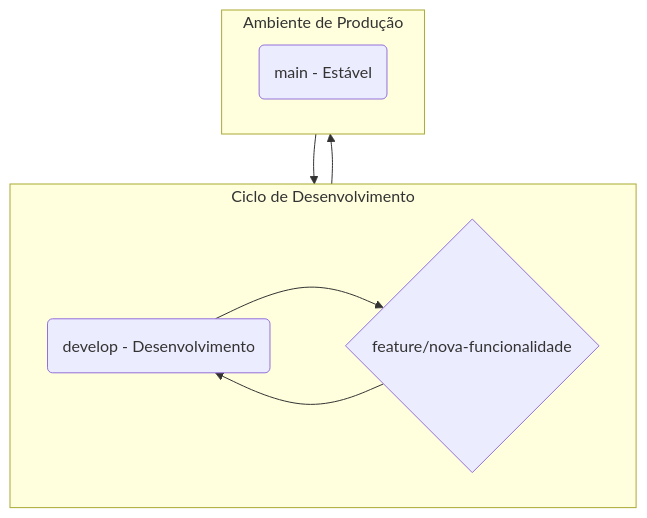
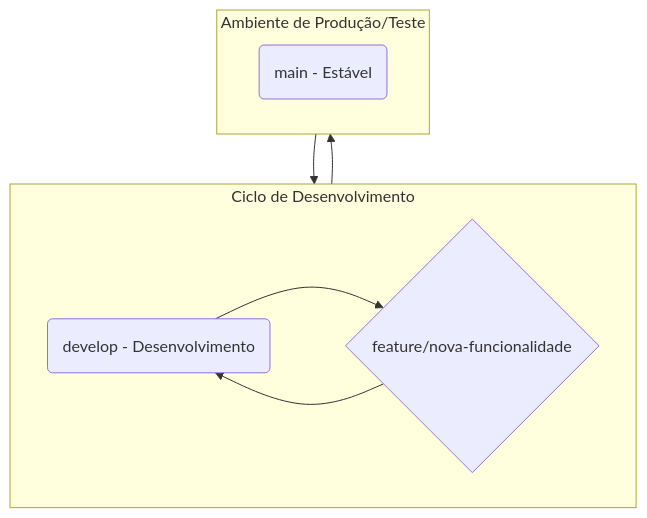
The diagram in Tutorial_Versionamento_Git.md (francenylson1/robo_slam), drawn with Mermaid before and after one commit. The commit also changed other lines of this file, not shown here.

Commit message:
docs: atualiza tutorial com fluxo de teste prático

````diff
--- a/Tutorial_Versionamento_Git.md
+++ b/Tutorial_Versionamento_Git.md
@@ -16,18 +19,19 @@
 ```mermaid
 graph TD;
     A(main - Estável) --> B(develop - Desenvolvimento);
     B --> C{feature/nova-funcionalidade};
     C --> B;
     B --> A;
 
     subgraph "Ciclo de Desenvolvimento"
         direction LR
         B
         C
     end
 
-    subgraph "Ambiente de Produção"
+    subgraph "Ambiente de Produção/Teste"
         direction LR
         A
+        C
     end
 ```
````
